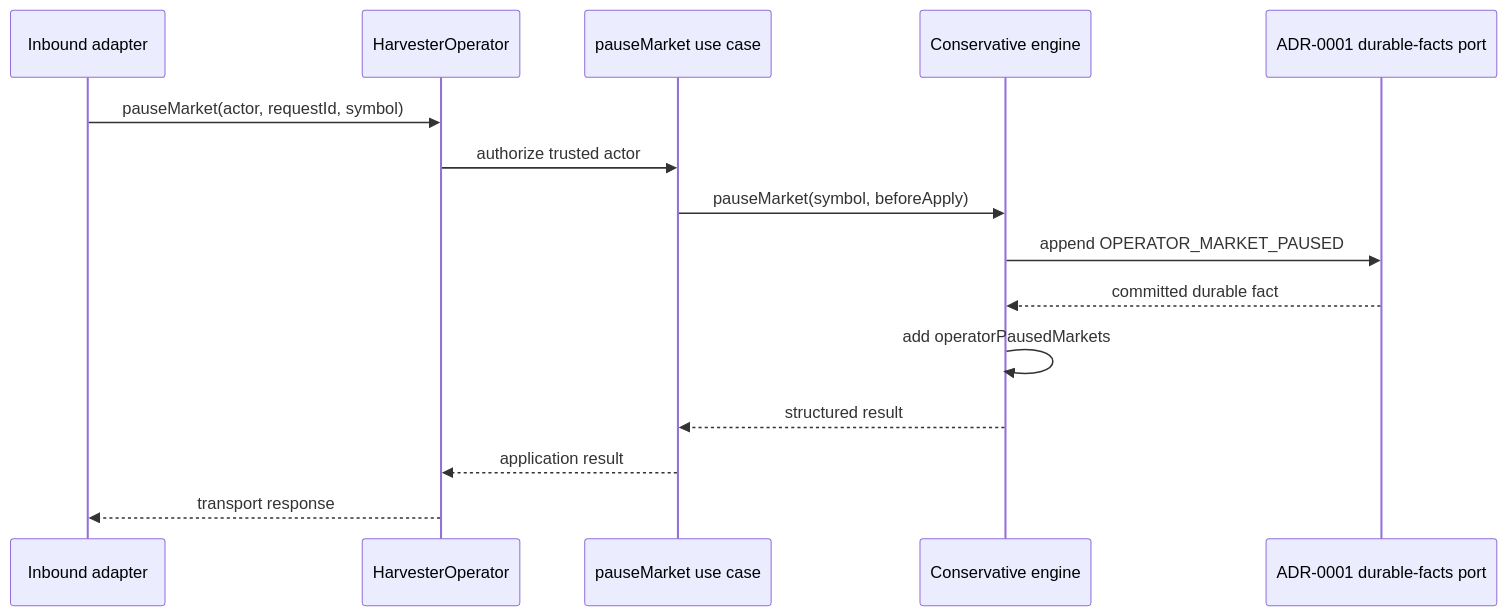
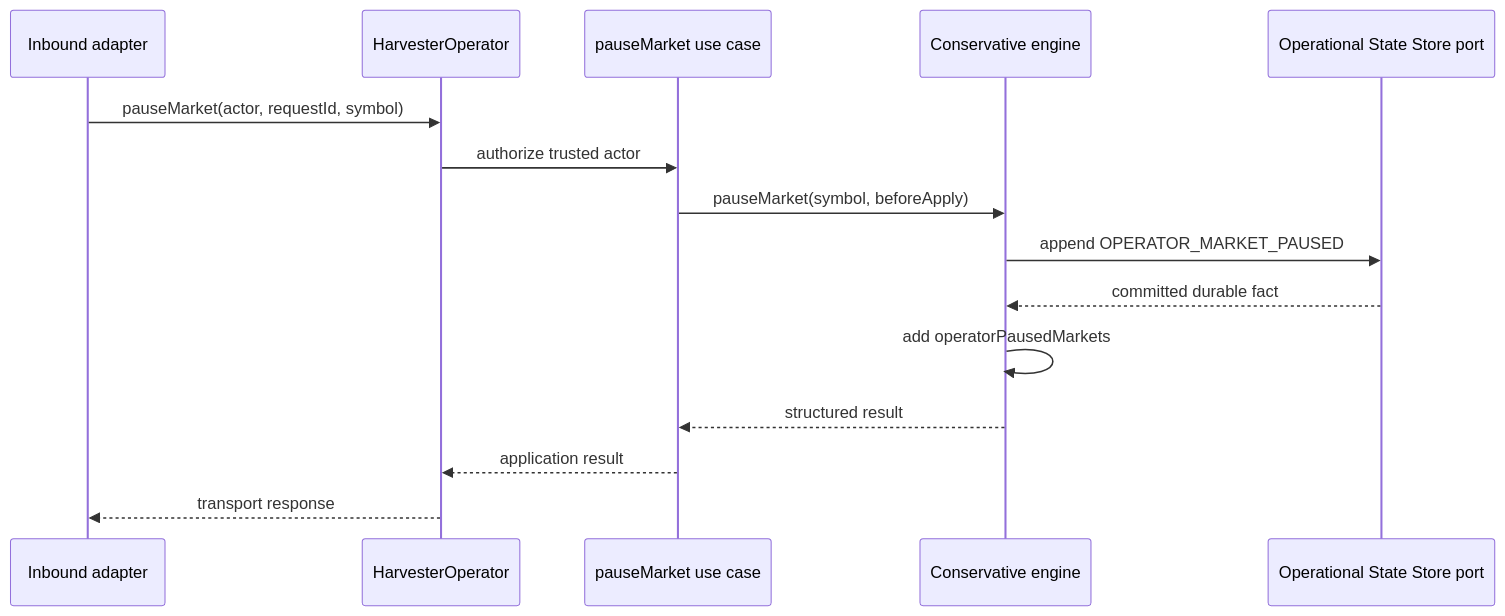
One commit to 45s/coinzilla changed the second of 2 diagrams in apps/harvester/docs/architecture/OPERATOR_CONTROL_DESIGN.md. Above: the diagram before and after it, drawn with Mermaid. The commit also changed other lines of this file and 68 other files, not shown here.

````diff
--- a/apps/harvester/docs/architecture/OPERATOR_CONTROL_DESIGN.md
+++ b/apps/harvester/docs/architecture/OPERATOR_CONTROL_DESIGN.md
@@ -88,17 +88,17 @@
 ```mermaid
 sequenceDiagram
   participant T as Inbound adapter
   participant O as HarvesterOperator
   participant U as pauseMarket use case
   participant E as Conservative engine
-  participant F as ADR-0001 durable-facts port
+  participant F as Operational State Store port
   T->>O: pauseMarket(actor, requestId, symbol)
   O->>U: authorize trusted actor
   U->>E: pauseMarket(symbol, beforeApply)
   E->>F: append OPERATOR_MARKET_PAUSED
   F-->>E: committed durable fact
   E->>E: add operatorPausedMarkets
   E-->>U: structured result
   U-->>O: application result
   O-->>T: transport response
 ```
````
